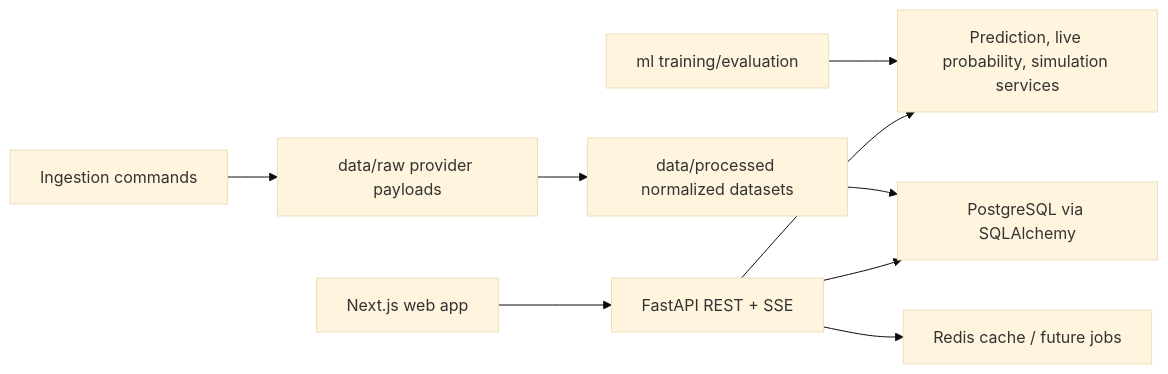
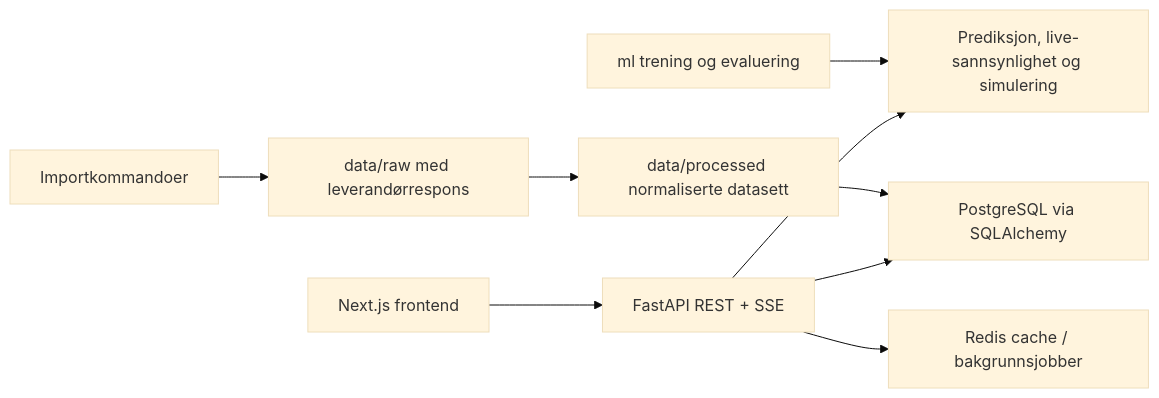
One commit to ViktorKnu/VM-Dashboard-og-Predikering changed the diagram in docs/architecture.md. Above: the diagram before and after it, drawn with Mermaid (base theme). The commit also changed other lines of this file and 8 other files, not shown here.

Commit message:
rydd opp i dokumentasjon og diagram

````diff
--- a/docs/architecture.md
+++ b/docs/architecture.md
@@ -5,11 +5,11 @@
 ```mermaid
 flowchart LR
-  Web["Next.js web app"] --> API["FastAPI REST + SSE"]
-  API --> Services["Prediction, live probability, simulation services"]
+  Web["Next.js frontend"] --> API["FastAPI REST + SSE"]
+  API --> Services["Prediksjon, live-sannsynlighet og simulering"]
   API --> DB["PostgreSQL via SQLAlchemy"]
-  API --> Redis["Redis cache / future jobs"]
-  Ingest["Ingestion commands"] --> Raw["data/raw provider payloads"]
-  Raw --> Processed["data/processed normalized datasets"]
+  API --> Redis["Redis cache / bakgrunnsjobber"]
+  Ingest["Importkommandoer"] --> Raw["data/raw med leverandørrespons"]
+  Raw --> Processed["data/processed normaliserte datasett"]
   Processed --> DB
-  ML["ml training/evaluation"] --> Services
+  ML["ml trening og evaluering"] --> Services
 ```
````
